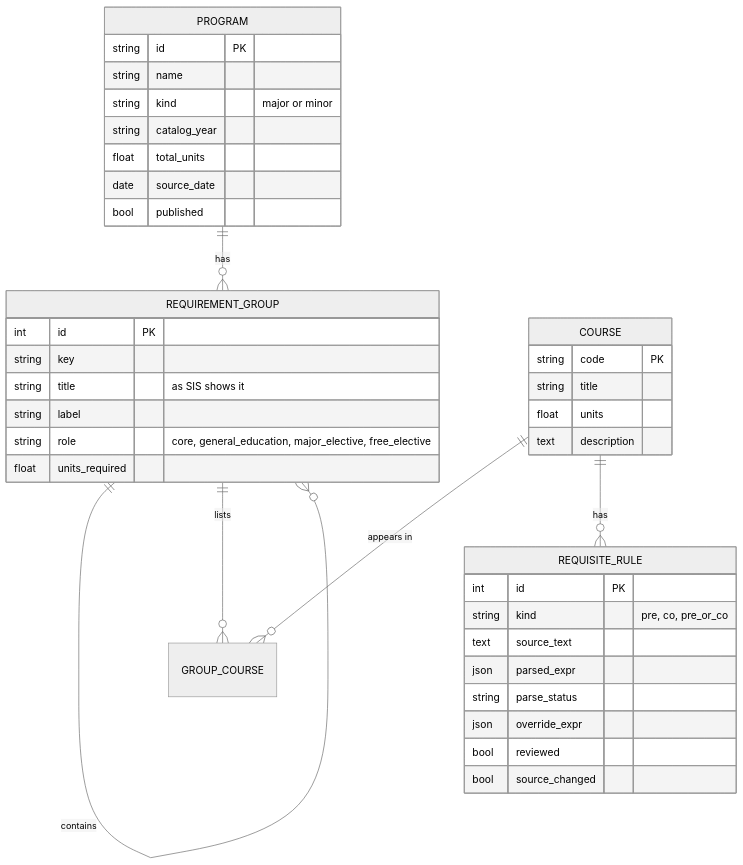
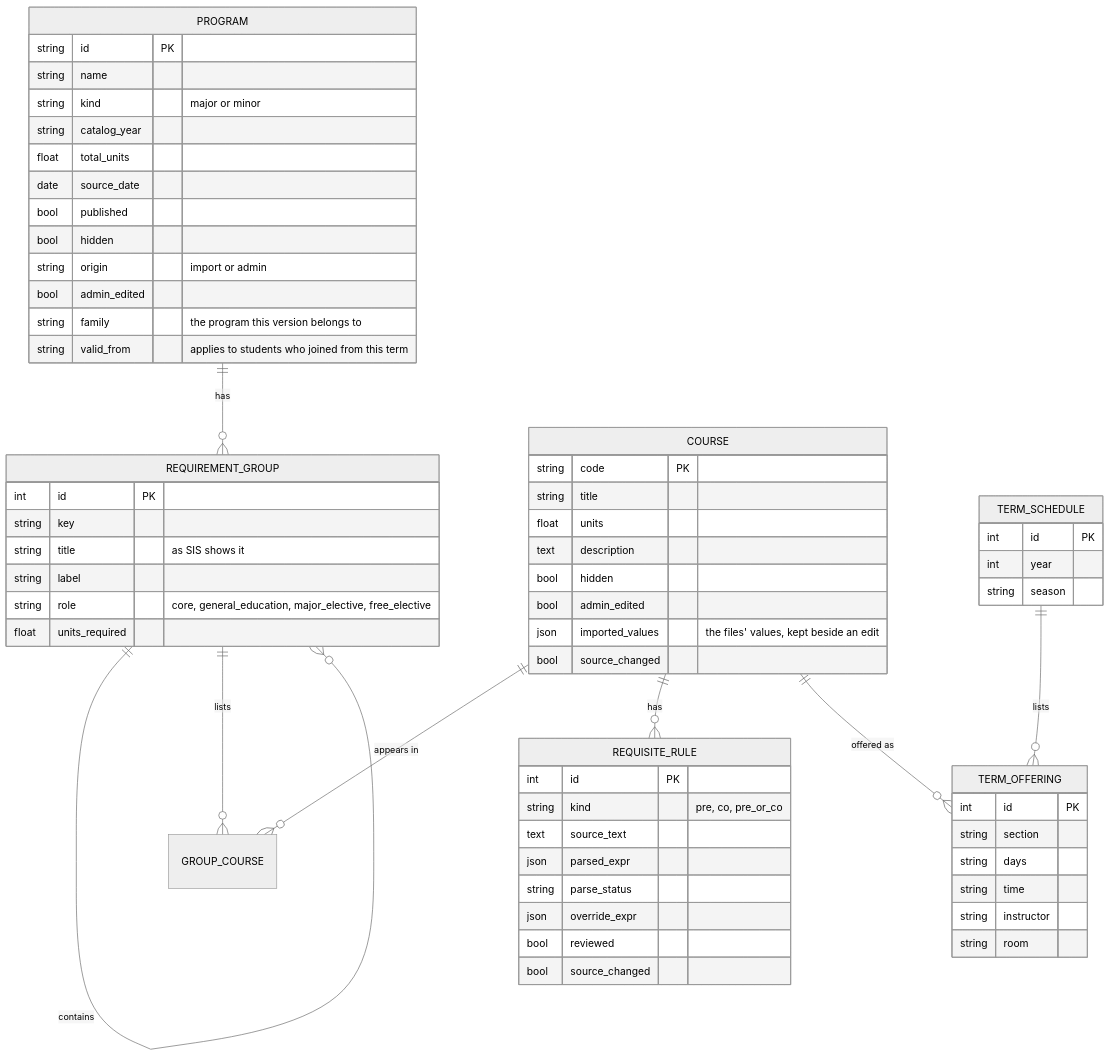
Before and after one commit to zaniixx/AUIB-Academic-Advisor: the second of 2 diagrams in docs/architecture.md, drawn with Mermaid (neutral theme). The commit also changed other lines of this file and 116 other files, not shown here.

````diff
--- a/docs/architecture.md
+++ b/docs/architecture.md
@@ -82,41 +101,65 @@
 ```mermaid
 erDiagram
   PROGRAM ||--o{ REQUIREMENT_GROUP : has
   REQUIREMENT_GROUP ||--o{ REQUIREMENT_GROUP : contains
   REQUIREMENT_GROUP ||--o{ GROUP_COURSE : lists
   COURSE ||--o{ GROUP_COURSE : "appears in"
   COURSE ||--o{ REQUISITE_RULE : has
+  TERM_SCHEDULE ||--o{ TERM_OFFERING : lists
+  COURSE ||--o{ TERM_OFFERING : "offered as"
   PROGRAM {
     string id PK
     string name
     string kind "major or minor"
     string catalog_year
     float total_units
     date source_date
     bool published
+    bool hidden
+    string origin "import or admin"
+    bool admin_edited
+    string family "the program this version belongs to"
+    string valid_from "applies to students who joined from this term"
   }
   REQUIREMENT_GROUP {
     int id PK
     string key
     string title "as SIS shows it"
     string label
     string role "core, general_education, major_elective, free_elective"
     float units_required
   }
   COURSE {
     string code PK
     string title
     float units
     text description
+    bool hidden
+    bool admin_edited
+    json imported_values "the files' values, kept beside an edit"
+    bool source_changed
+  }
+  TERM_SCHEDULE {
+    int id PK
+    int year
+    string season
+  }
+  TERM_OFFERING {
+    int id PK
+    string section
+    string days
+    string time
+    string instructor
+    string room
   }
   REQUISITE_RULE {
     int id PK
     string kind "pre, co, pre_or_co"
     text source_text
     json parsed_expr
     string parse_status
     json override_expr
     bool reviewed
     bool source_changed
   }
 ```
````
